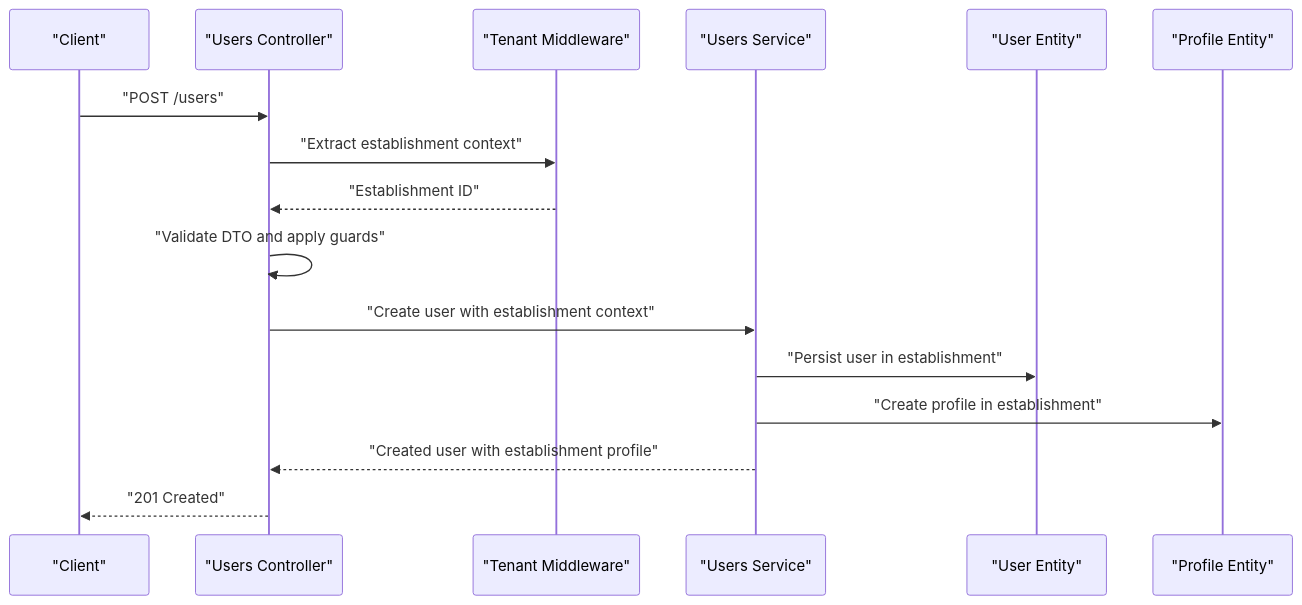
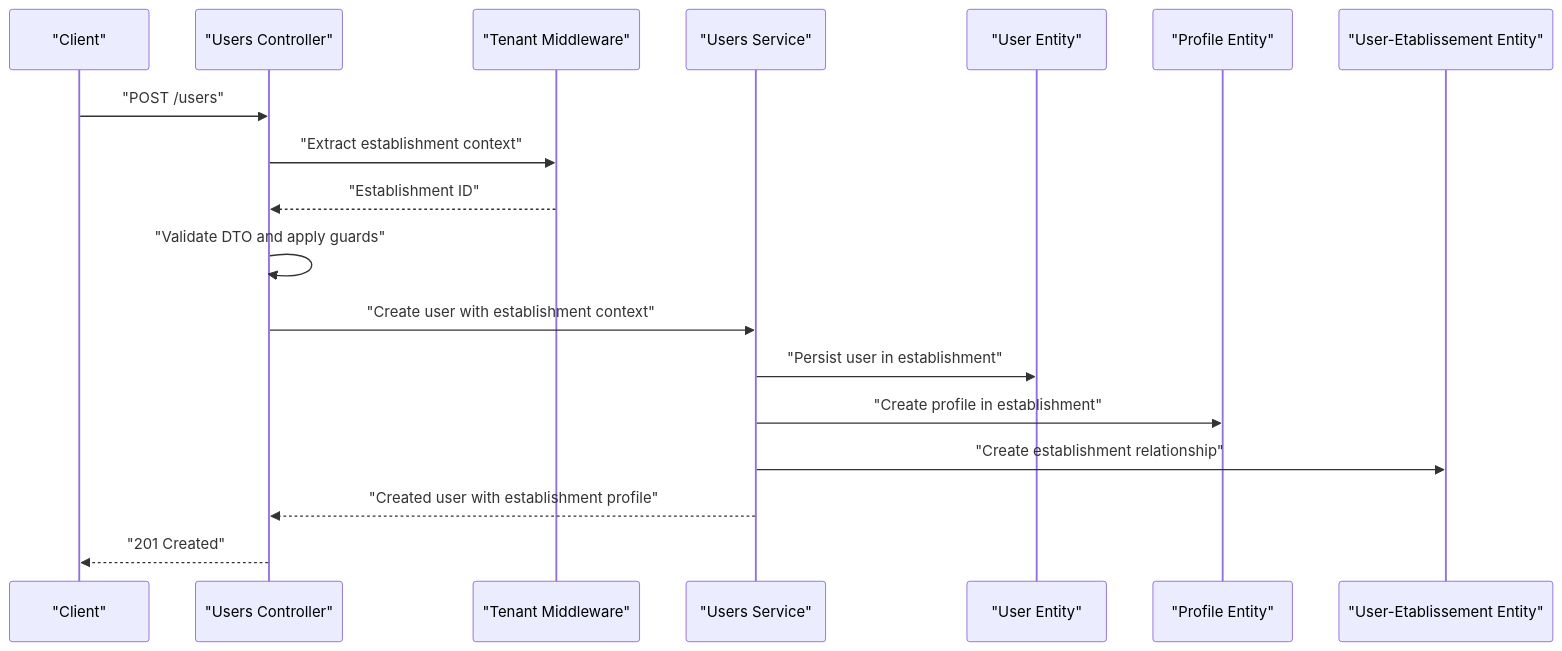
Before and after one commit to franckylab/eLISAschool: the fourth of 8 diagrams in .qoder/repowiki/en/content/Backend API Documentation/User Management API.md, drawn with Mermaid. The commit also changed other lines of this file and 75 other files, not shown here.

````diff
--- a/.qoder/repowiki/en/content/Backend API Documentation/User Management API.md
+++ b/.qoder/repowiki/en/content/Backend API Documentation/User Management API.md
@@ -419,18 +613,20 @@
 ```mermaid
 sequenceDiagram
 participant Client as "Client"
 participant Controller as "Users Controller"
 participant TenantM as "Tenant Middleware"
 participant Service as "Users Service"
 participant UserE as "User Entity"
 participant ProfE as "Profile Entity"
+participant UEE as "User-Etablissement Entity"
 Client->>Controller : "POST /users"
 Controller->>TenantM : "Extract establishment context"
 TenantM-->>Controller : "Establishment ID"
 Controller->>Controller : "Validate DTO and apply guards"
 Controller->>Service : "Create user with establishment context"
 Service->>UserE : "Persist user in establishment"
 Service->>ProfE : "Create profile in establishment"
+Service->>UEE : "Create establishment relationship"
 Service-->>Controller : "Created user with establishment profile"
 Controller-->>Client : "201 Created"
 ```
````
